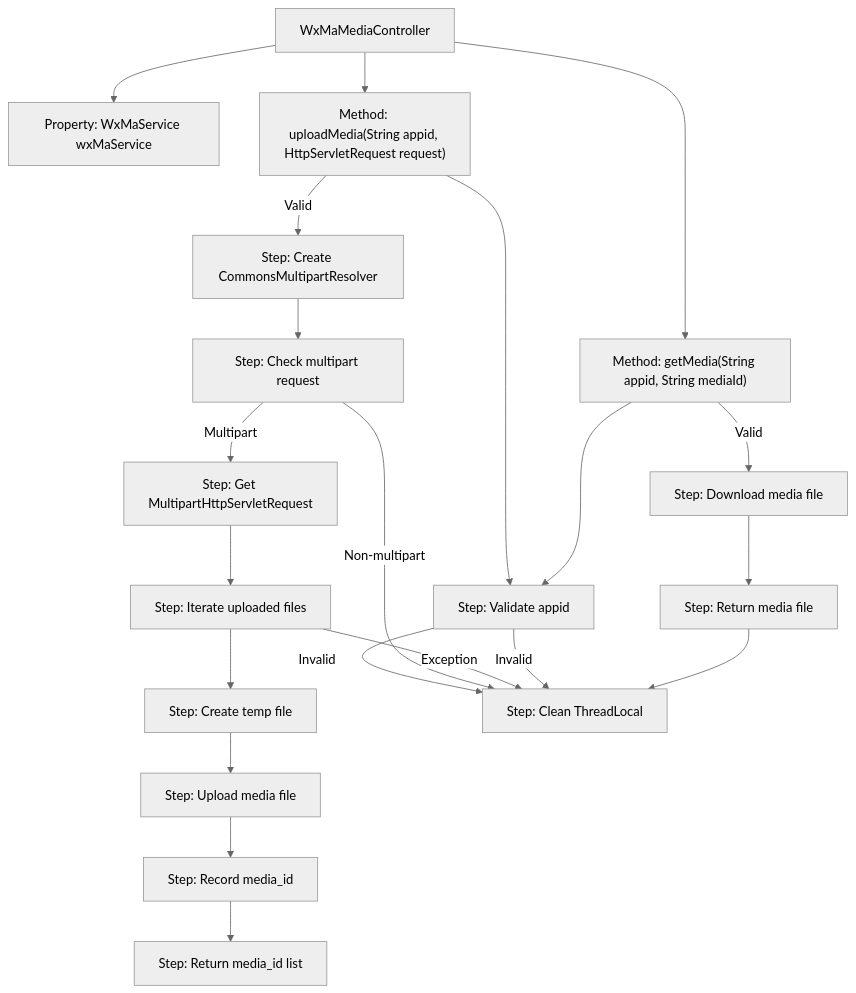
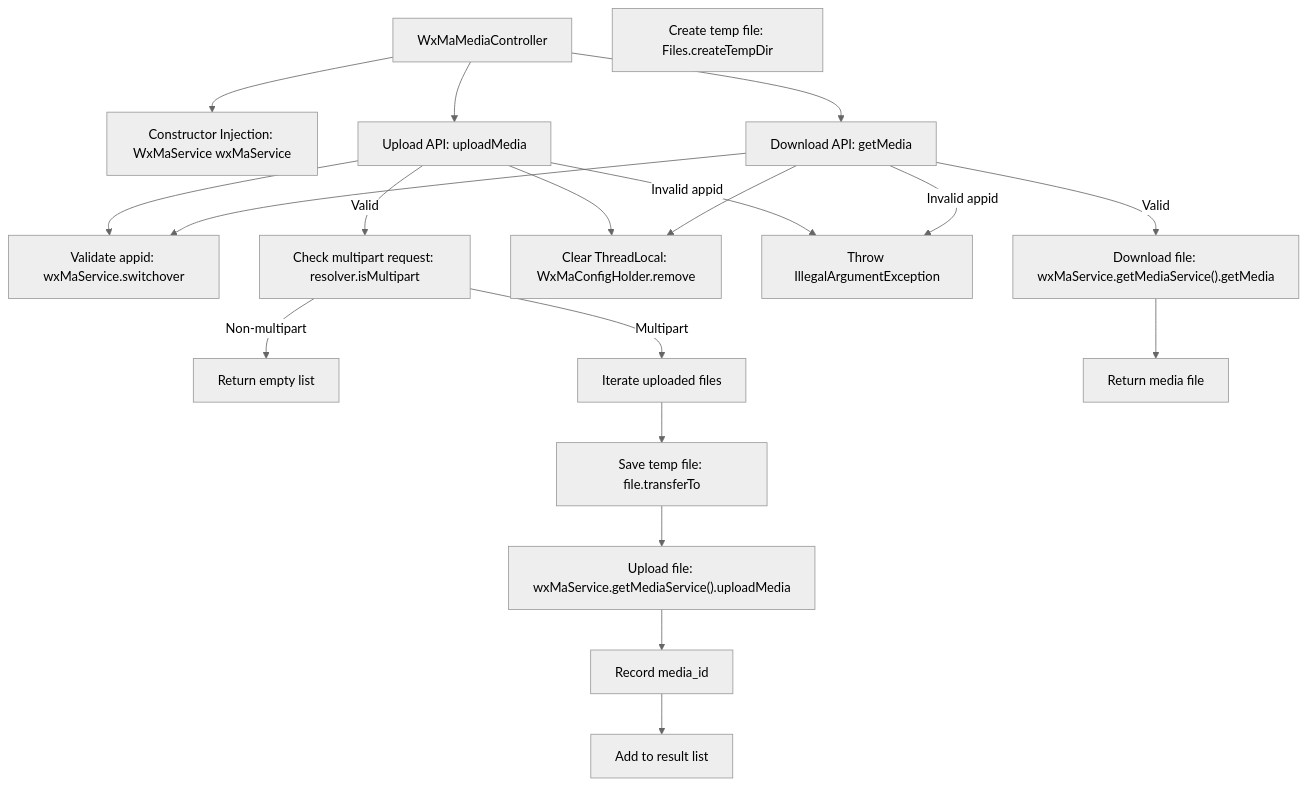
The second of 3 diagrams in docs/en/docs/src/main/java/com/github/binarywang/demo/wx/miniapp/controller/WxMaMediaController.md (v-wjrong/rongwj666_weixin-java-miniapp-demo), drawn with Mermaid (neutral theme) before and after one commit. The commit also changed other lines of this file and 46 other files, not shown here.

````diff
--- a/docs/en/docs/src/main/java/com/github/binarywang/demo/wx/miniapp/controller/WxMaMediaController.md
+++ b/docs/en/docs/src/main/java/com/github/binarywang/demo/wx/miniapp/controller/WxMaMediaController.md
@@ -82,29 +81,30 @@
 ```mermaid
 graph TD
     A["WxMaMediaController"]
-    B["Property: WxMaService wxMaService"]
-    C["Method: uploadMedia(String appid, HttpServletRequest request)"]
-    D["Method: getMedia(String appid, String mediaId)"]
-    E["Step: Validate appid"]
-    F["Step: Create CommonsMultipartResolver"]
-    G["Step: Check multipart request"]
-    H["Step: Get MultipartHttpServletRequest"]
-    I["Step: Iterate uploaded files"]
-    J["Step: Create temp file"]
-    K["Step: Upload media file"]
-    L["Step: Record media_id"]
-    M["Step: Clean ThreadLocal"]
-    N["Step: Return media_id list"]
-    O["Step: Download media file"]
-    P["Step: Return media file"]
+    B["Constructor Injection: WxMaService wxMaService"]
+    C["Upload API: uploadMedia"]
+    D["Download API: getMedia"]
+    E["Validate appid: wxMaService.switchover"]
+    F["Create temp file: Files.createTempDir"]
+    G["Upload file: wxMaService.getMediaService().uploadMedia"]
+    H["Download file: wxMaService.getMediaService().getMedia"]
+    I["Clear ThreadLocal: WxMaConfigHolder.remove"]
 
     A --> B
     A --> C
     A --> D
-    C --> E -->|Invalid| M
-    C -->|Valid| F --> G -->|Non-multipart| M
-    G -->|Multipart| H --> I --> J --> K --> L --> N
-    I -->|Exception| M
-    D --> E -->|Invalid| M
-    D -->|Valid| O --> P --> M
+    C --> E
+    C -->|Invalid appid| J["Throw IllegalArgumentException"]
+    C -->|Valid| K["Check multipart request: resolver.isMultipart"]
+    K -->|Non-multipart| L["Return empty list"]
+    K -->|Multipart| M["Iterate uploaded files"]
+    M --> N["Save temp file: file.transferTo"]
+    N --> G
+    G --> O["Record media_id"]
+    O --> P["Add to result list"]
+    D --> E
+    D -->|Invalid appid| J
+    D -->|Valid| H
+    H --> Q["Return media file"]
+    C & D --> I
 ```
````
